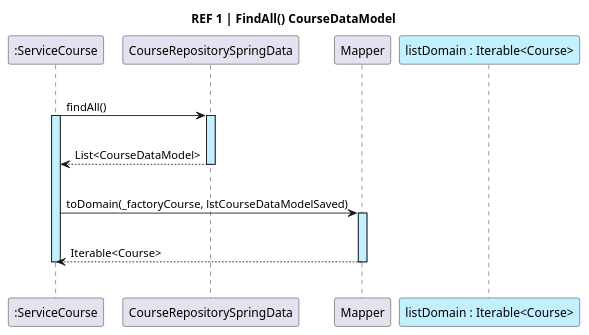
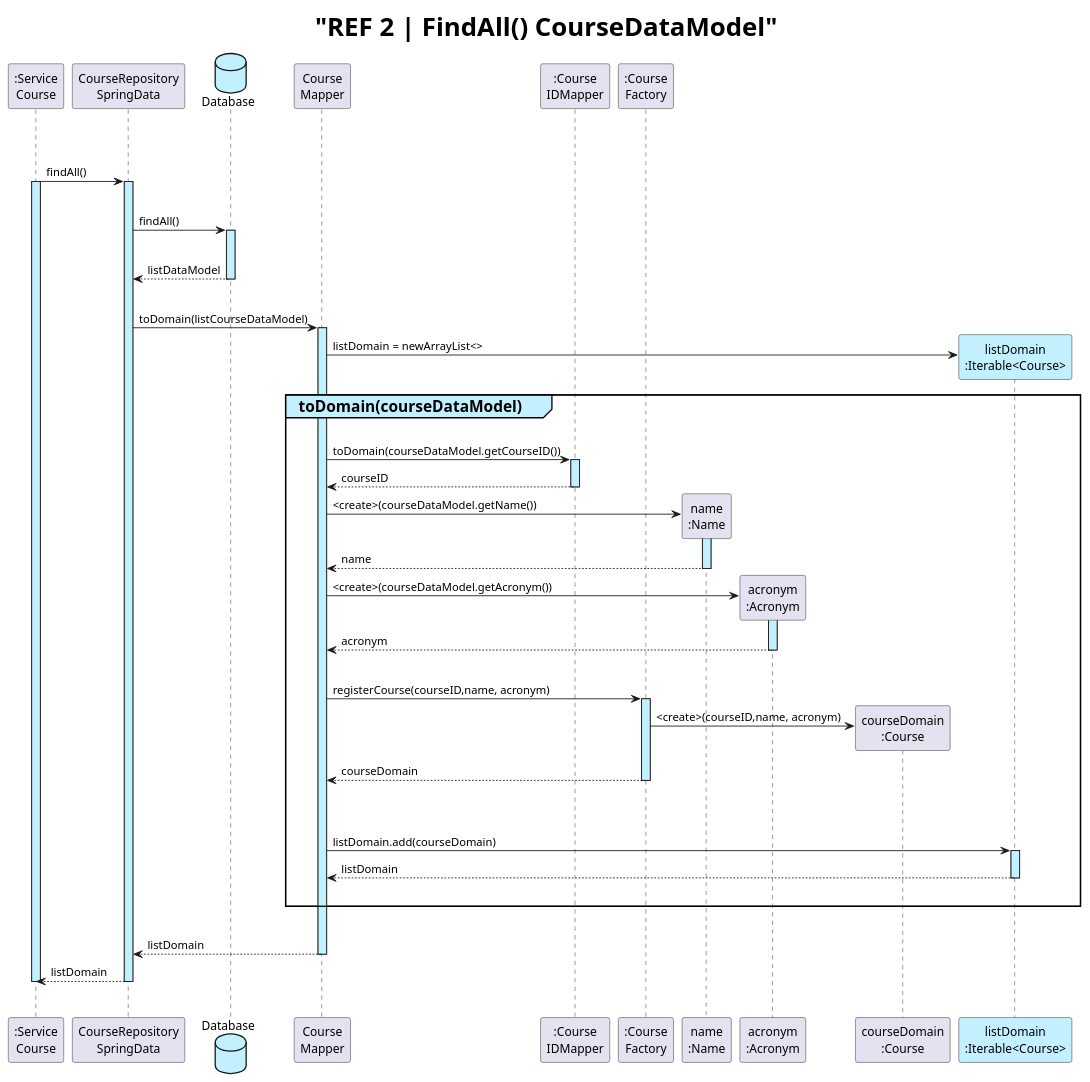
The diagram in docs/US03/REF2.puml (GasparISEP/DevOps-PAI), drawn with PlantUML before and after one commit. The commit also changed 1 other file, not shown here.

Commit message:
doc:Updated REF2|FindAll()CourseDataModel Diagram #300

```diff
--- a/docs/US03/REF2.puml
+++ b/docs/US03/REF2.puml
@@ -1,24 +1,57 @@
 @startuml
-title "REF 1 | FindAll() CourseDataModel"
 
-participant ":ServiceCourse" as Service
-participant "CourseRepositorySpringData" as Repository
-participant "Mapper" as PDM
+title <size:30>"REF 2 | FindAll() CourseDataModel"</size>
+|||
+participant ":Service\nCourse" as Service
+participant "CourseRepository\nSpringData" as Repository
+database "Database" as DT #application
+participant "Course\nMapper" as CM
+participant ":Course\nIDMapper" as CIM
+participant ":Course\nFactory" as F
+
 skinparam sequenceLifeLineBackgroundColor #application
 |||
-
 Service-> Repository++: findAll()
 Service ++
 |||
-Repository --> Service --: List<CourseDataModel>
+Repository-> DT ++: findAll()
 |||
-Service -> PDM ++: toDomain(_factoryCourse, lstCourseDataModelSaved)
+DT --> Repository --: listDataModel
 |||
-PDM --> Service --: Iterable<Course>
+Repository -> CM ++: toDomain(listCourseDataModel)
+
+create "listDomain\n:Iterable<Course>" as DomainList #application
+CM -> DomainList : listDomain = newArrayList<>
+
+
+group#application <size:18>toDomain(courseDataModel) </size>
+|||
+CM -> CIM ++: toDomain(courseDataModel.getCourseID())
+CIM --> CM --: courseID
+create "name\n:Name" as NM
+CM -> NM ++: <create>(courseDataModel.getName())
+NM --> CM --: name
+create "acronym\n:Acronym" as AC
+CM -> AC ++: <create>(courseDataModel.getAcronym())
+AC --> CM --: acronym
+|||
+CM -> F ++: registerCourse(courseID,name, acronym)
+create "courseDomain\n:Course" as CD
+F -> CD :<create>(courseID,name, acronym)
+F --> CM --: courseDomain
+|||
+|||
+CM -> DomainList ++:listDomain.add(courseDomain)
+DomainList -->CM --:listDomain
+|||
+end
+|||
+CM --> Repository --: listDomain
+Repository --> Service --: listDomain
 Service --
 |||
 
 
 participant "listDomain : Iterable<Course>" as DomainList #application
 
 @enduml
```
